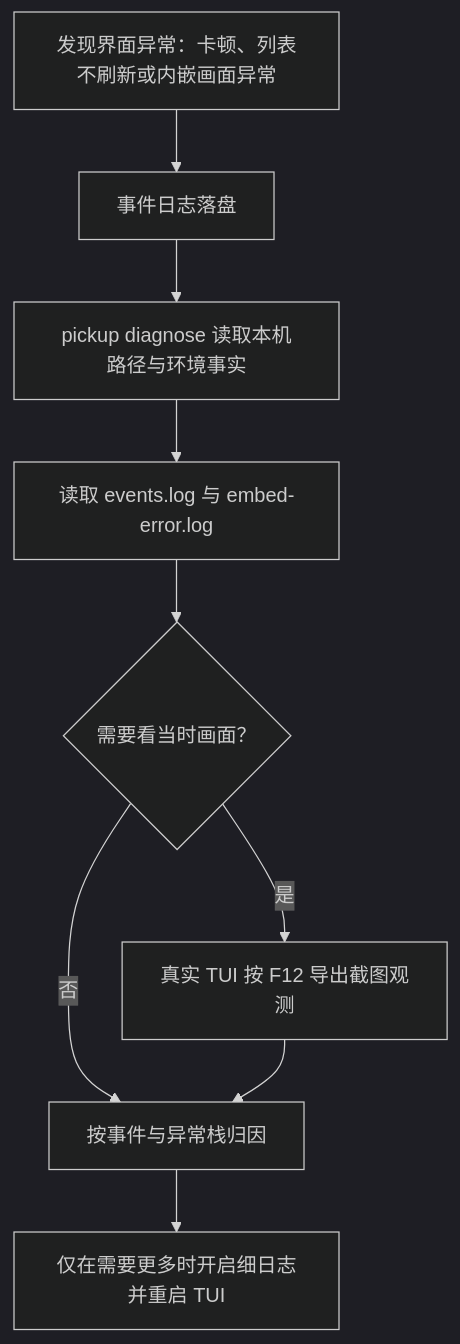
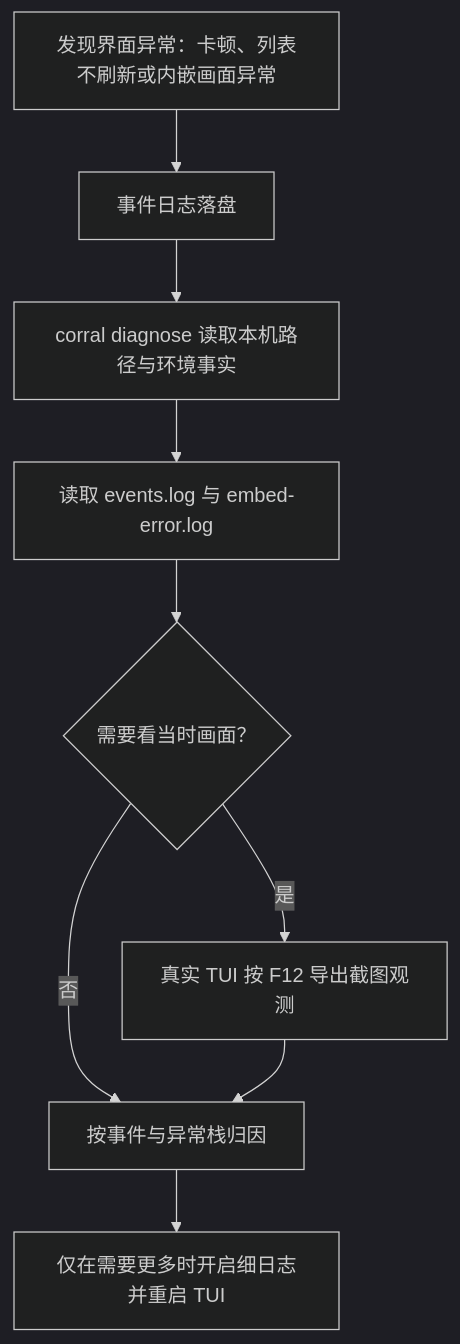
One commit to x0c/corral changed the diagram in docs/OBSERVABILITY_KNOWLEDGE_BASE.md. Above: the diagram before and after it, drawn with Mermaid (dark theme). The commit also changed other lines of this file and 254 other files, not shown here.

````diff
--- a/docs/OBSERVABILITY_KNOWLEDGE_BASE.md
+++ b/docs/OBSERVABILITY_KNOWLEDGE_BASE.md
@@ -35,11 +35,11 @@
 ```mermaid
 flowchart TD
     A[发现界面异常：卡顿、列表不刷新或内嵌画面异常] --> B[事件日志落盘]
-    B --> C[pickup diagnose 读取本机路径与环境事实]
+    B --> C[corral diagnose 读取本机路径与环境事实]
     C --> D[读取 events.log 与 embed-error.log]
     D --> E{需要看当时画面？}
     E -- 是 --> F[真实 TUI 按 F12 导出截图观测]
     E -- 否 --> G[按事件与异常栈归因]
     F --> G
     G --> H[仅在需要更多时开启细日志并重启 TUI]
 ```
````
